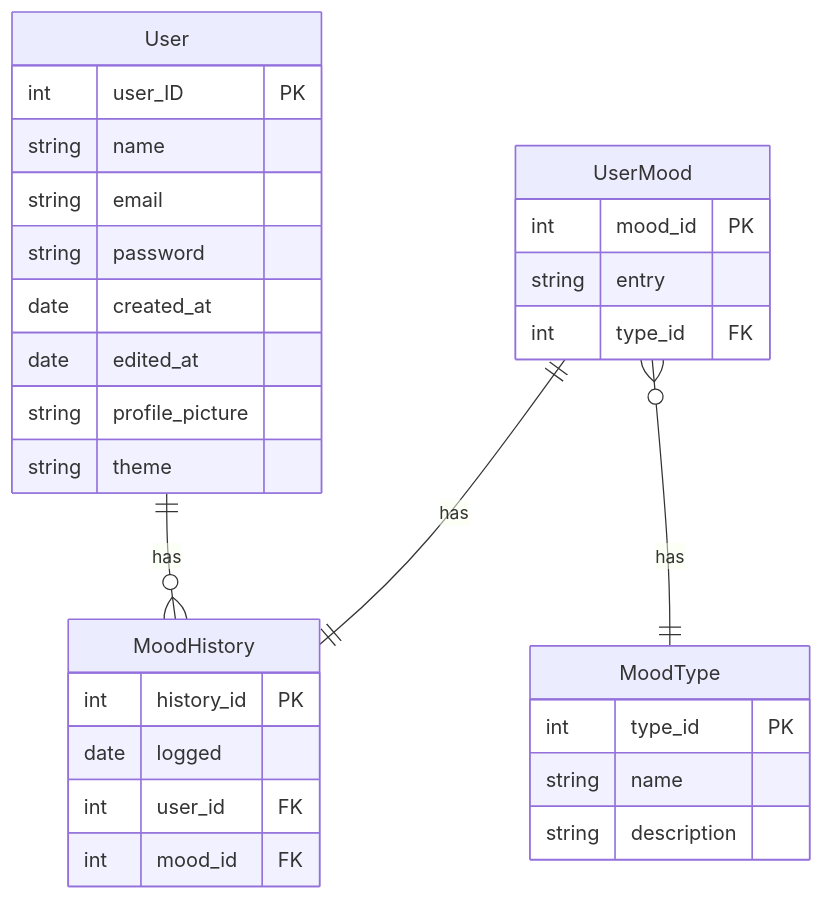
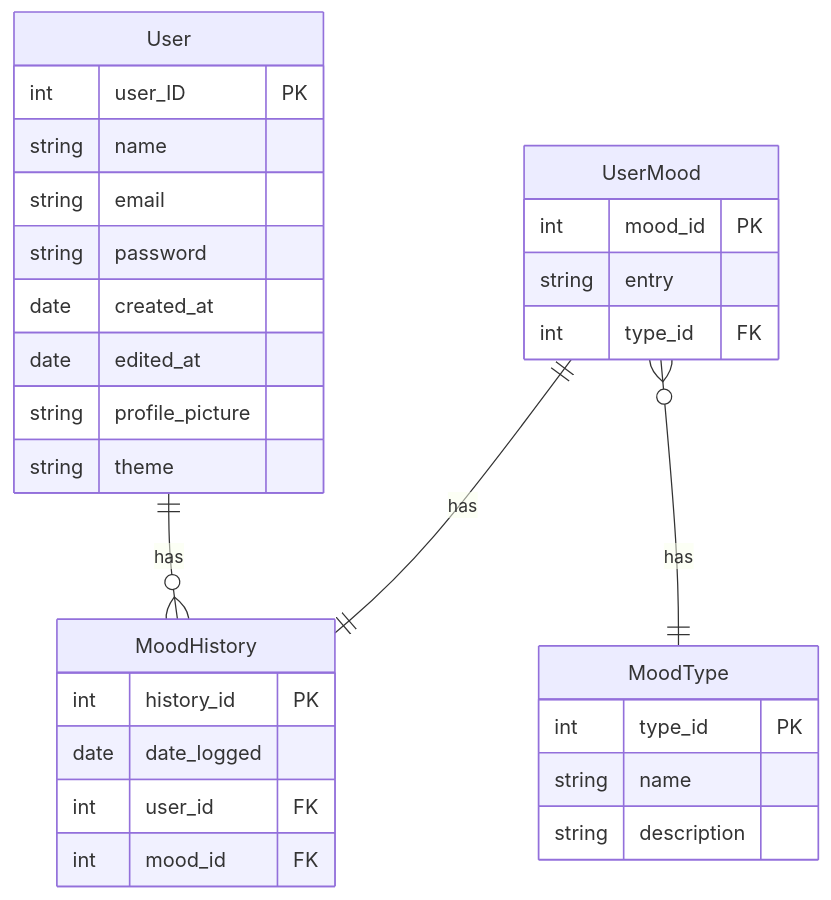
Before and after one commit to HanaLouizaMoussaoui/MOOd: the diagram in README.md, drawn with Mermaid.

````diff
--- a/README.md
+++ b/README.md
@@ -28,34 +28,34 @@
 ```mermaid
 erDiagram
         User ||--o{ MoodHistory: has
     UserMood ||--|| MoodHistory: has
    UserMood }o--|| MoodType: has
 
     User {
         int user_ID PK
         string name
         string email
         string password
         date created_at
         date edited_at
         string profile_picture
 	string theme
     }
     UserMood {
 	int mood_id PK
 	string entry
 	int type_id FK
     }
 
    MoodHistory {
 	int history_id PK
-	date logged
+	date date_logged
 	int user_id FK
 	int mood_id FK
 }
    MoodType {
 	int type_id PK
 	string name
 	string description
 }
 ```
````
